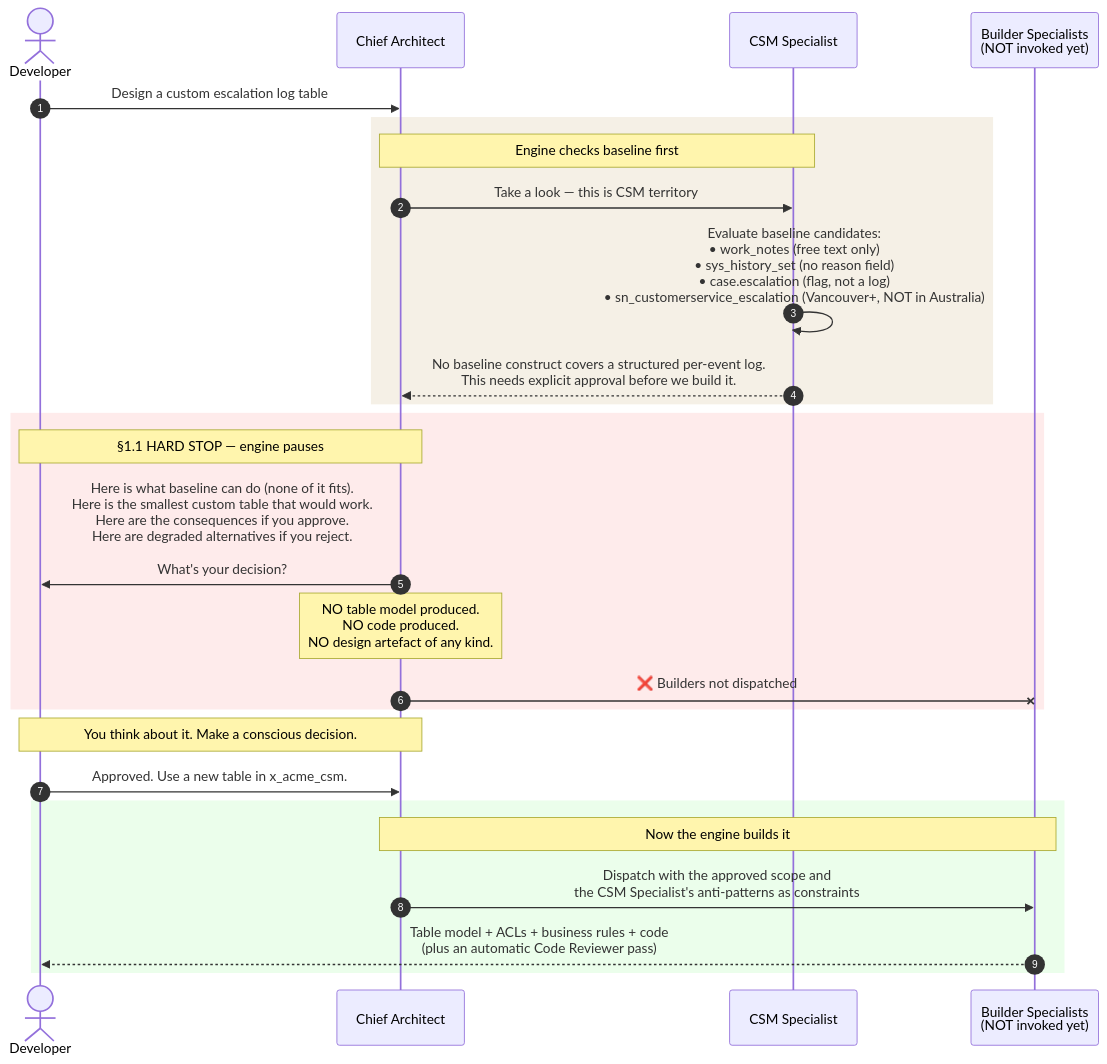
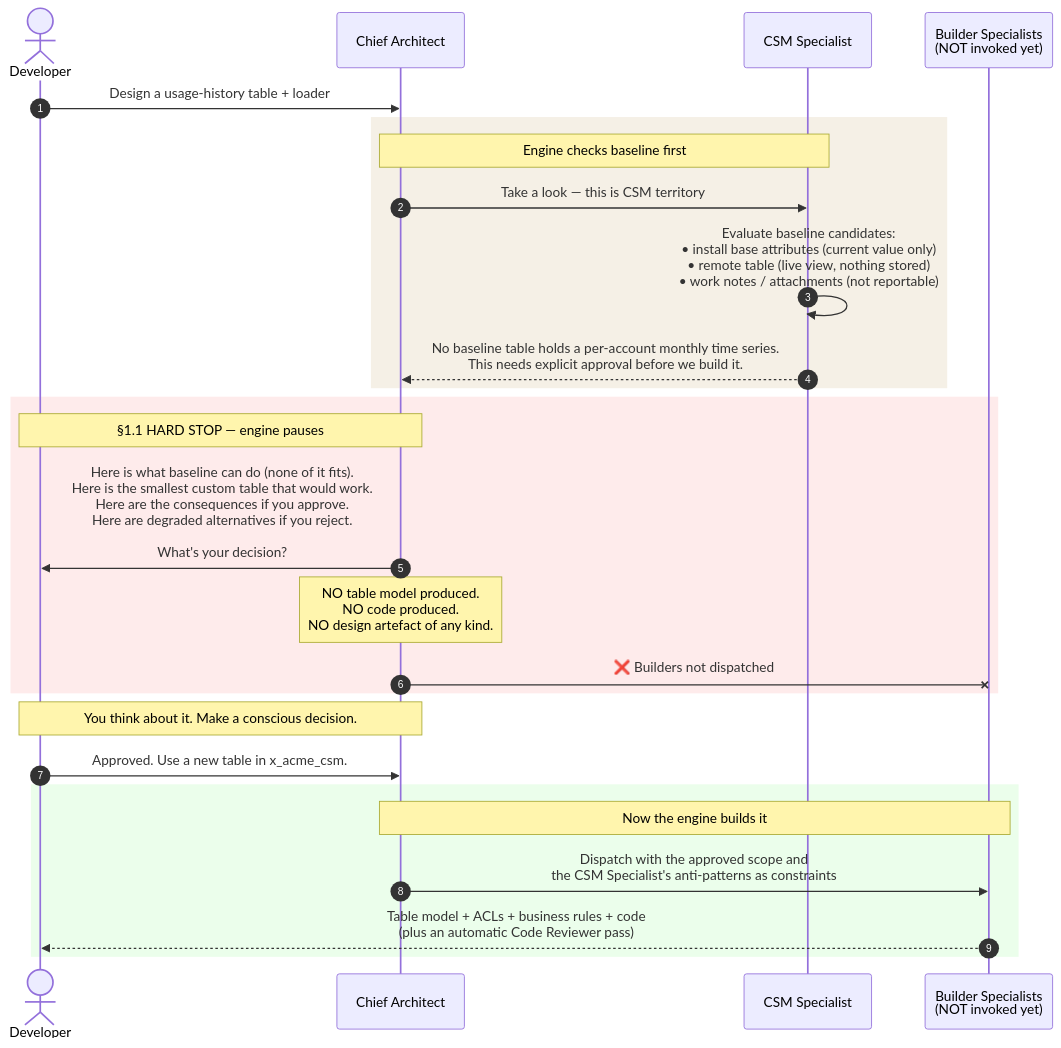
Before and after one commit to farstic/claude-servicenow-live: the first of 2 diagrams in docs/USER-GUIDE-AND-EXAMPLES.md, drawn with Mermaid. The commit also changed other lines of this file and 66 other files, not shown here.

First line of the commit message:
engine v2.8.2 — instructions tuned for current Claude models; CSM escalation fact corrected

````diff
--- a/docs/USER-GUIDE-AND-EXAMPLES.md
+++ b/docs/USER-GUIDE-AND-EXAMPLES.md
@@ -131,34 +131,34 @@
 ```mermaid
 sequenceDiagram
     autonumber
     actor You as Developer
     participant CA as Chief Architect
     participant CSM as CSM Specialist
     participant Builder as Builder Specialists<br/>(NOT invoked yet)
 
-    You->>CA: Design a custom escalation log table
+    You->>CA: Design a usage-history table + loader
 
     rect rgb(245, 240, 230)
     Note over CA,CSM: Engine checks baseline first
     CA->>CSM: Take a look — this is CSM territory
-    CSM->>CSM: Evaluate baseline candidates:<br/>• work_notes (free text only)<br/>• sys_history_set (no reason field)<br/>• case.escalation (flag, not a log)<br/>• sn_customerservice_escalation (Vancouver+, NOT in Australia)
-    CSM-->>CA: No baseline construct covers a structured per-event log.<br/>This needs explicit approval before we build it.
+    CSM->>CSM: Evaluate baseline candidates:<br/>• install base attributes (current value only)<br/>• remote table (live view, nothing stored)<br/>• work notes / attachments (not reportable)
+    CSM-->>CA: No baseline table holds a per-account monthly time series.<br/>This needs explicit approval before we build it.
     end
 
     rect rgb(254, 235, 235)
     Note over CA,You: §1.1 HARD STOP — engine pauses
     CA->>You: Here is what baseline can do (none of it fits).<br/>Here is the smallest custom table that would work.<br/>Here are the consequences if you approve.<br/>Here are degraded alternatives if you reject.<br/><br/>What's your decision?
     Note over CA: NO table model produced.<br/>NO code produced.<br/>NO design artefact of any kind.
     CA-x Builder: ❌ Builders not dispatched
     end
 
     Note over You,CA: You think about it. Make a conscious decision.
 
     You->>CA: Approved. Use a new table in x_acme_csm.
 
     rect rgb(235, 254, 235)
     Note over CA,Builder: Now the engine builds it
     CA->>Builder: Dispatch with the approved scope and<br/>the CSM Specialist's anti-patterns as constraints
     Builder-->>You: Table model + ACLs + business rules + code<br/>(plus an automatic Code Reviewer pass)
     end
 ```
````
